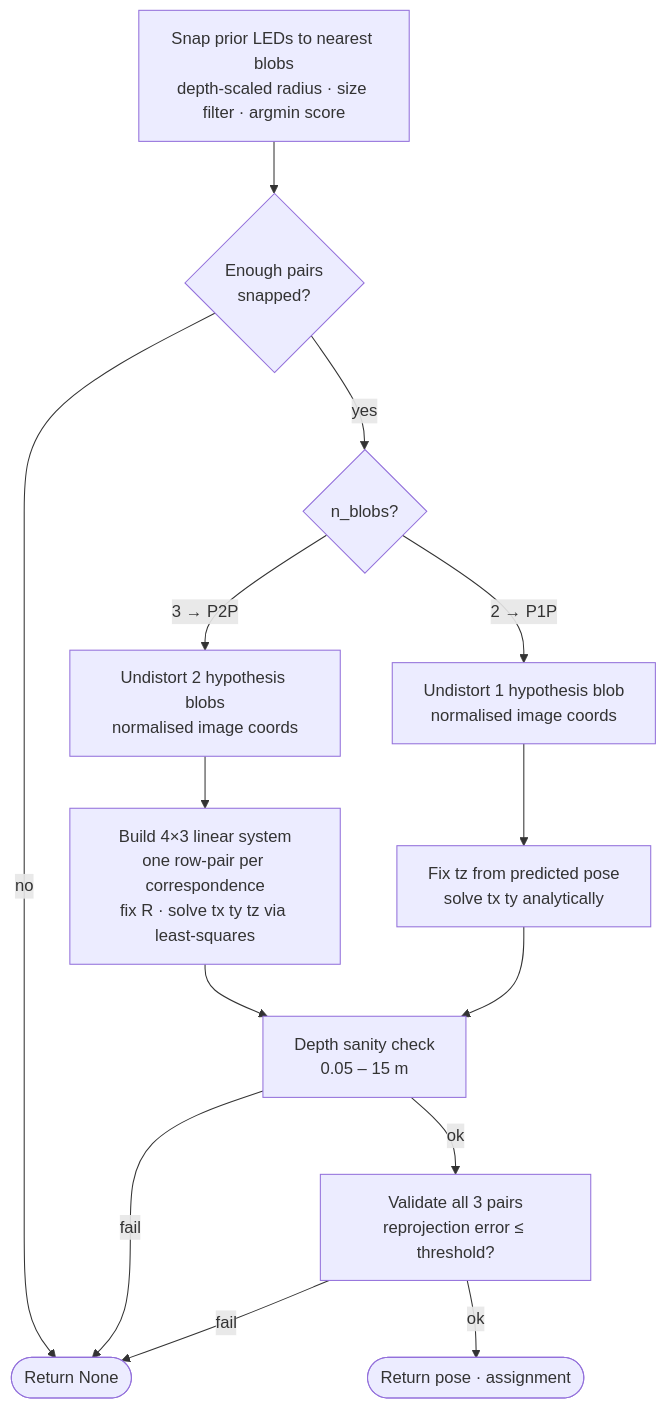
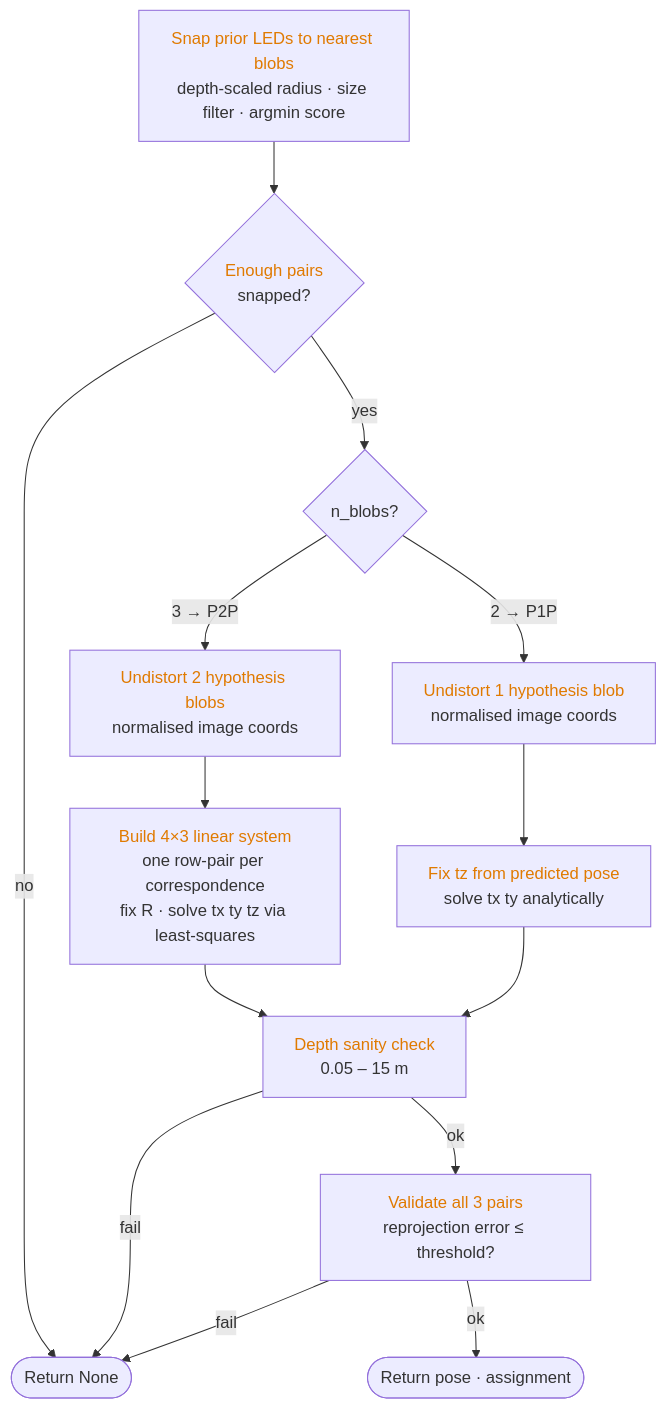
Before and after one commit to nikitakarpuks/controller-tracker-python: the seventh of 7 diagrams in algorithm_overview.md, drawn with Mermaid. The commit also changed other lines of this file and 3 other files, not shown here.

````diff
--- a/algorithm_overview.md
+++ b/algorithm_overview.md
@@ -183,18 +163,18 @@
 ```mermaid
 flowchart TD
-    A[Snap prior LEDs to nearest blobs\ndepth-scaled radius · size filter · argmin score] --> B{Enough pairs\nsnapped?}
+    A["<font color='#e07a00'>Snap prior LEDs to nearest blobs</font><br/>depth-scaled radius · size filter · argmin score"] --> B{"<font color='#e07a00'>Enough pairs</font><br/>snapped?"}
     B -- no  --> NONE([Return None])
     B -- yes --> C{n_blobs?}
 
-    C -- 3 → P2P --> D[Undistort 2 hypothesis blobs\nnormalised image coords]
-    D --> E[Build 4×3 linear system\none row-pair per correspondence\nfix R · solve tx ty tz via least-squares]
-    E --> F[Depth sanity check\n0.05 – 15 m]
+    C -- 3 → P2P --> D["<font color='#e07a00'>Undistort 2 hypothesis blobs</font><br/>normalised image coords"]
+    D --> E["<font color='#e07a00'>Build 4×3 linear system</font><br/>one row-pair per correspondence<br/>fix R · solve tx ty tz via least-squares"]
+    E --> F["<font color='#e07a00'>Depth sanity check</font><br/>0.05 – 15 m"]
     F -- fail --> NONE
-    F -- ok  --> G[Validate all 3 pairs\nreprojection error ≤ threshold?]
+    F -- ok  --> G["<font color='#e07a00'>Validate all 3 pairs</font><br/>reprojection error ≤ threshold?"]
     G -- fail --> NONE
     G -- ok  --> H([Return pose · assignment])
 
-    C -- 2 → P1P --> I[Undistort 1 hypothesis blob\nnormalised image coords]
-    I --> J[Fix tz from predicted pose\nsolve tx ty analytically]
+    C -- 2 → P1P --> I["<font color='#e07a00'>Undistort 1 hypothesis blob</font><br/>normalised image coords"]
+    I --> J["<font color='#e07a00'>Fix tz from predicted pose</font><br/>solve tx ty analytically"]
     J --> F
 ```
````
